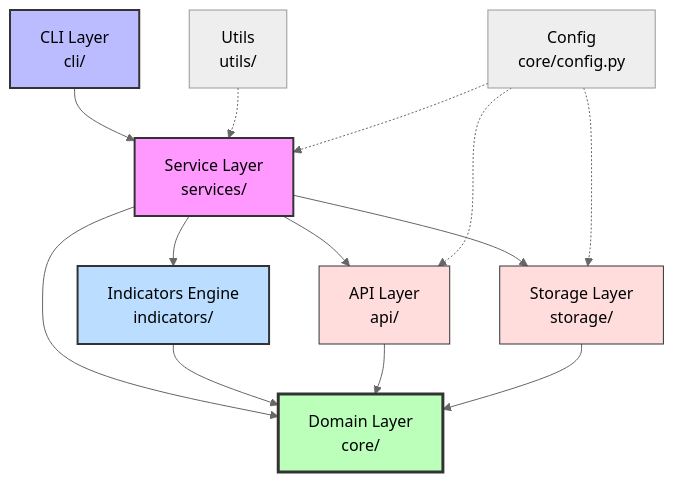
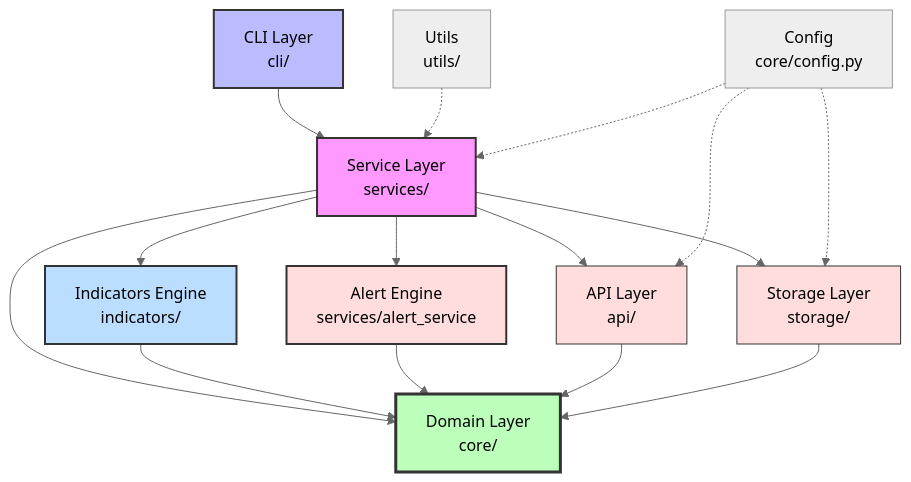
Before and after one commit to YaserEleraky/forex-tracker: the diagram in README.md, drawn with Mermaid (neutral theme). The commit also changed other lines of this file and 11 other files, not shown here.

````diff
--- a/README.md
+++ b/README.md
@@ -383,22 +470,25 @@
 ```mermaid
 graph TD
     A[CLI Layer<br/>cli/] --> B[Service Layer<br/>services/]
     B --> C[API Layer<br/>api/]
     B --> D[Storage Layer<br/>storage/]
     B --> H[Indicators Engine<br/>indicators/]
+    B --> I[Alert Engine<br/>services/alert_service]
     B --> E[Domain Layer<br/>core/]
     H --> E
+    I --> E
     C --> E
     D --> E
     F[Utils<br/>utils/] -.-> B
     G[Config<br/>core/config.py] -.-> C
     G -.-> D
     G -.-> B
 
     style A fill:#bbf,stroke:#333,stroke-width:2px
     style B fill:#f9f,stroke:#333,stroke-width:2px
     style E fill:#bfb,stroke:#333,stroke-width:3px
     style H fill:#bdf,stroke:#333,stroke-width:2px
+    style I fill:#fdd,stroke:#333,stroke-width:2px
     style C fill:#fdd,stroke:#333
     style D fill:#fdd,stroke:#333
 ```
````
